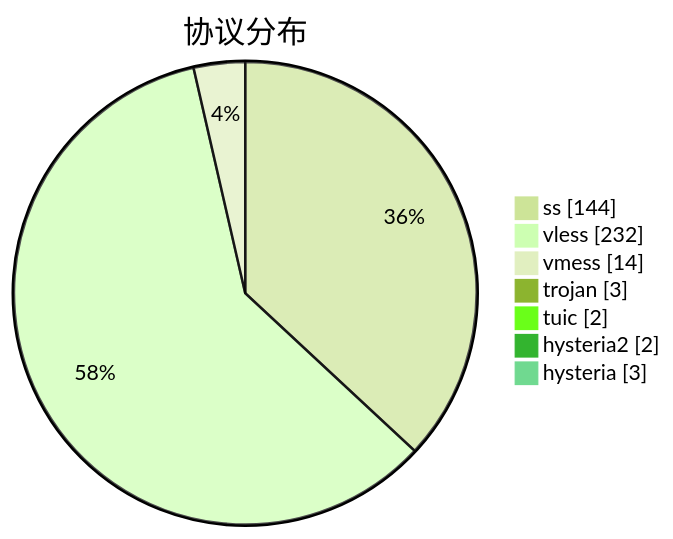
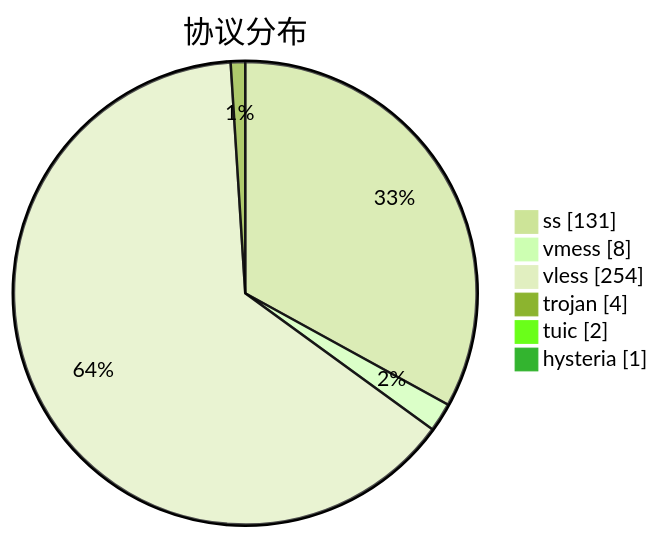
One commit to qjlxg/airport changed the third of 3 diagrams in subs/statistics/tested_within.md. Above: the diagram before and after it, drawn with Mermaid (forest theme). The commit also changed other lines of this file and 2 other files, not shown here.

````diff
--- a/subs/statistics/tested_within.md
+++ b/subs/statistics/tested_within.md
@@ -30,11 +30,10 @@
 ```mermaid
 pie showData
 title 协议分布
-"ss" : 144
-"vless" : 232
-"vmess" : 14
-"trojan" : 3
+"ss" : 131
+"vmess" : 8
+"vless" : 254
+"trojan" : 4
 "tuic" : 2
-"hysteria2" : 2
-"hysteria" : 3
+"hysteria" : 1
 ```
````
